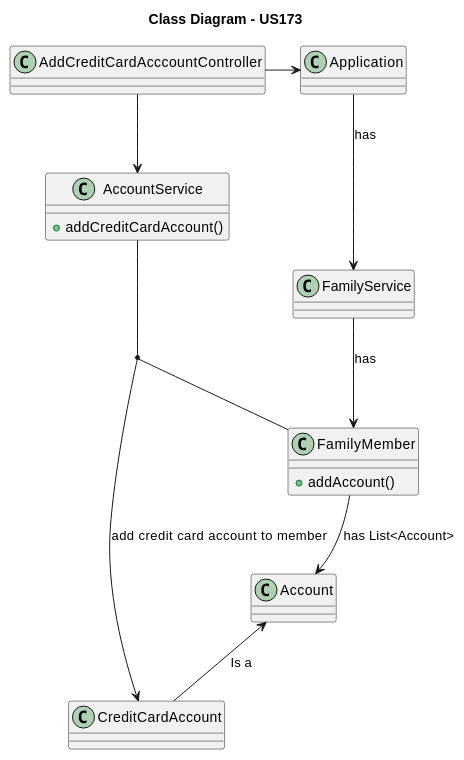
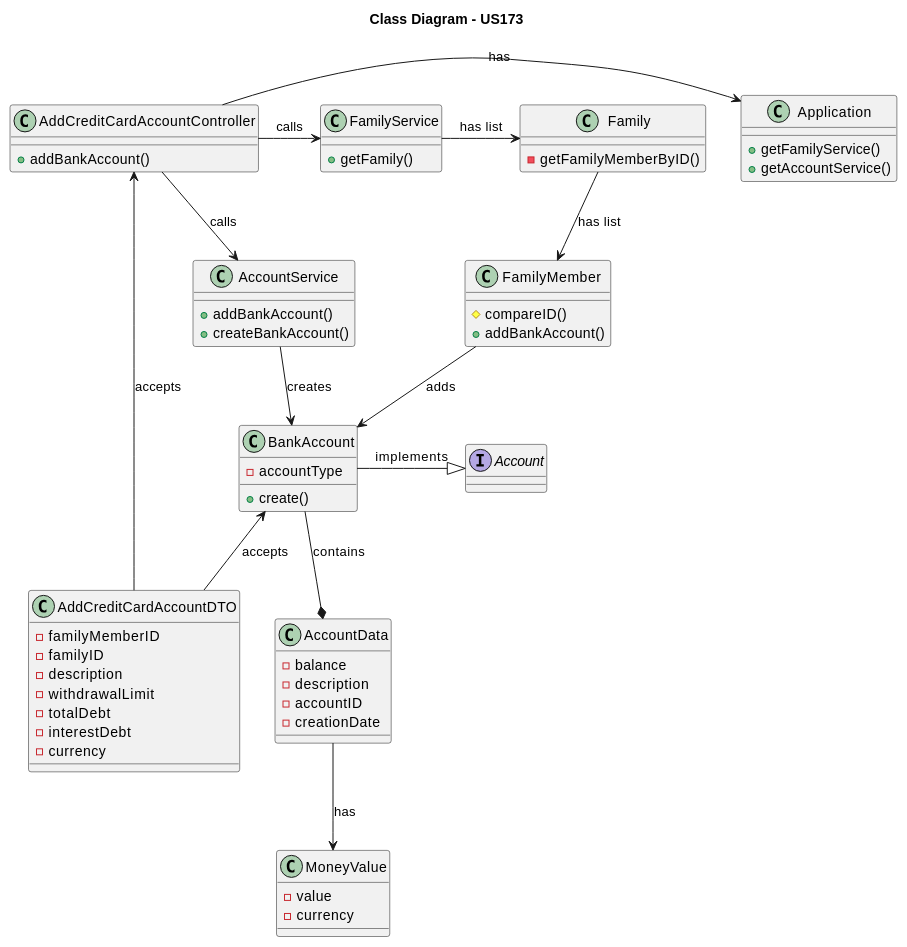
Before and after one commit to tomas-osswald/switch_2020_g3: the fourth of 4 diagrams in docs/sprint2/user_stories/US173_AddCreditCardAccount.md, drawn with PlantUML.

Commit message:
changes to DM of us173

````diff
--- a/docs/sprint2/user_stories/US173_AddCreditCardAccount.md
+++ b/docs/sprint2/user_stories/US173_AddCreditCardAccount.md
@@ -231,35 +184,71 @@
 ```puml
 
 title Class Diagram - US173
 
-class AddCreditCardAcccountController {
+class AddCreditCardAccountDTO{
+  - familyMemberID
+  - familyID
+  - description
+  - withdrawalLimit
+  - totalDebt
+  - interestDebt
+  - currency
+}
+class AddCreditCardAccountController {
+  + addBankAccount()
 }
 
 class Application {
+  + getFamilyService() 
+  + getAccountService()
+}
+
+class FamilyService {
+  + getFamily()
+}
+
+class Family {
+  - getFamilyMemberByID() 
+}
+
+class FamilyMember {
+  # compareID()
+  + addBankAccount()
+  
 }
 
 class AccountService {
-+ addCreditCardAccount()
+  + addBankAccount()
+  + createBankAccount()
+}
+class BankAccount {
+  - accountType
+  + create()
 }
 
-class FamilyService {
-   }
-   
-class FamilyMember {
-    + addAccount()
+interface Account{
+}
+class AccountData {
+  - balance
+  - description
+  - accountID
+  - creationDate
+}
+class MoneyValue {
+  - value
+  - currency
 }
 
-class Account {
-}
-
-class CreditCardAccount {
-}
-
-AddCreditCardAcccountController  -> Application
-AddCreditCardAcccountController  -down-> AccountService
-(AccountService, FamilyMember) -> CreditCardAccount : add credit card account to member
-Application --> FamilyService : has
-FamilyService --> FamilyMember : has
-FamilyMember --> Account : has List<Account>
-Account  <-- CreditCardAccount : Is a
+AddCreditCardAccountController -> Application: has
+AddCreditCardAccountController <-- AddCreditCardAccountDTO: accepts
+AddCreditCardAccountController -> FamilyService: calls
+FamilyService -> Family: has list
+Family --> FamilyMember: has list
+AddCreditCardAccountController --> AccountService: calls
+AccountService --> BankAccount: creates
+BankAccount -|> Account: implements
+BankAccount <-- AddCreditCardAccountDTO: accepts
+FamilyMember --> BankAccount: adds
+BankAccount --* AccountData: contains
+AccountData --> MoneyValue: has
 ```
````
